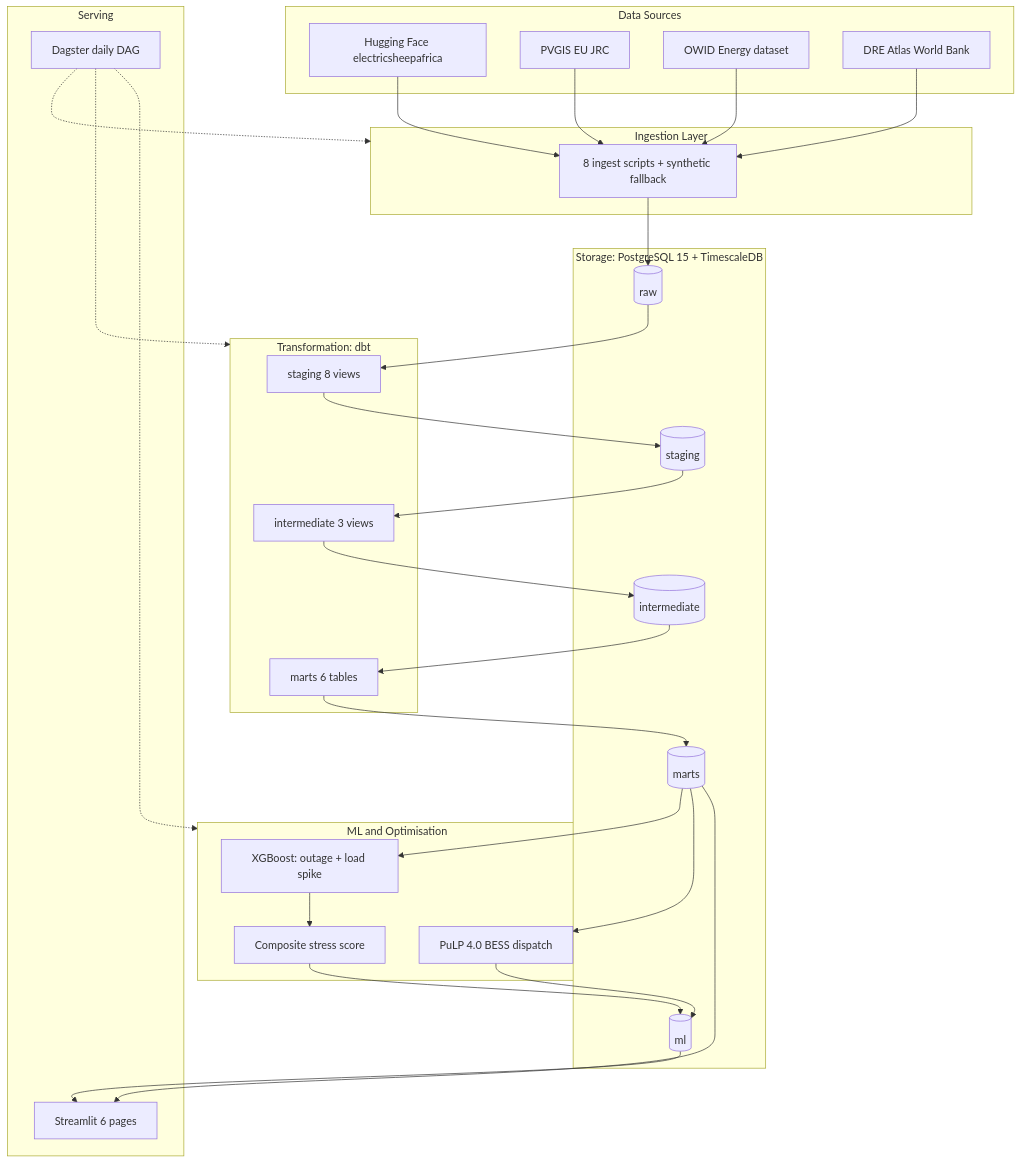
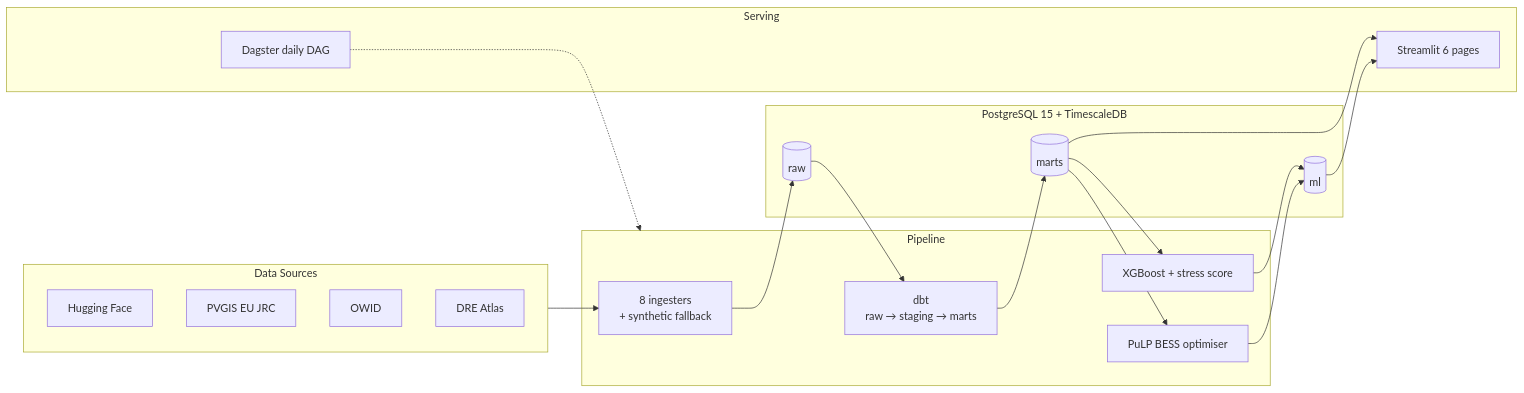
One commit to Joystyxx/nigeria-grid-intelligence changed the diagram in README.md. Above: the diagram before and after it, drawn with Mermaid. The commit also changed other lines of this file, not shown here.

Commit message:
docs: trim README to professional length, move deep dives to architecture.md

````diff
--- a/README.md
+++ b/README.md
@@ -43,56 +36,35 @@
 ```mermaid
-flowchart TD
+flowchart LR
     subgraph Sources["Data Sources"]
-        HF[Hugging Face electricsheepafrica]
+        HF[Hugging Face]
         PV[PVGIS EU JRC]
-        OW[OWID Energy dataset]
-        DRE[DRE Atlas World Bank]
+        OW[OWID]
+        DRE[DRE Atlas]
     end
 
-    subgraph Ingest["Ingestion Layer"]
-        I1[8 ingest scripts + synthetic fallback]
+    subgraph Pipeline["Pipeline"]
+        ING[8 ingesters<br/>+ synthetic fallback]
+        DBT[dbt<br/>raw → staging → marts]
+        ML[XGBoost + stress score]
+        LP[PuLP BESS optimiser]
     end
 
-    subgraph Storage["Storage: PostgreSQL 15 + TimescaleDB"]
+    subgraph Storage["PostgreSQL 15 + TimescaleDB"]
         RAW[(raw)]
-        STG[(staging)]
-        INT[(intermediate)]
         MART[(marts)]
         MLS[(ml)]
-    end
-
-    subgraph Transform["Transformation: dbt"]
-        STG2[staging 8 views]
-        INT2[intermediate 3 views]
-        MART2[marts 6 tables]
-    end
-
-    subgraph ML["ML and Optimisation"]
-        XGB[XGBoost: outage + load spike]
-        STRESS[Composite stress score]
-        LP[PuLP 4.0 BESS dispatch]
     end
 
     subgraph Serve["Serving"]
         ST[Streamlit 6 pages]
         DG[Dagster daily DAG]
     end
 
-    HF --> I1
-    PV --> I1
-    OW --> I1
-    DRE --> I1
-    I1 --> RAW
-    RAW --> STG2 --> STG
-    STG --> INT2 --> INT
-    INT --> MART2 --> MART
-    MART --> XGB
-    MART --> LP
-    XGB --> STRESS --> MLS
-    LP --> MLS
+    Sources --> ING --> RAW
+    RAW --> DBT --> MART
+    MART --> ML --> MLS
+    MART --> LP --> MLS
     MART --> ST
     MLS --> ST
-    DG -.-> Ingest
-    DG -.-> Transform
-    DG -.-> ML
+    DG -.-> Pipeline
 ```
````
